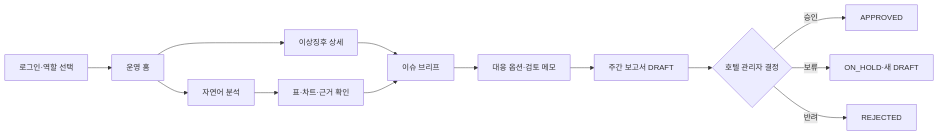
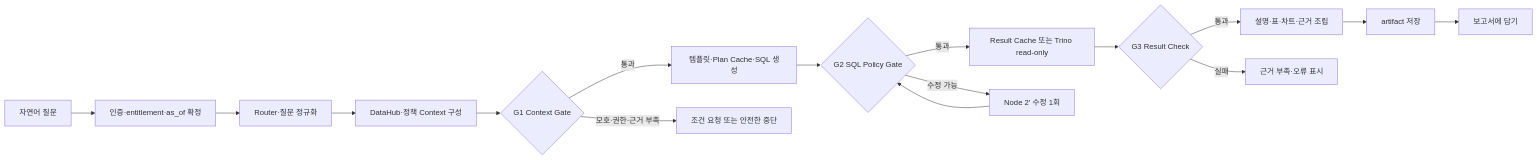
Before and after one commit to hijun318-eng/skn29_final_3team: the diagram in docs/markdown/05_화면설계서.md, drawn with Mermaid. The commit also changed other lines of this file and 6 other files, not shown here.

````diff
--- a/docs/markdown/05_화면설계서.md
+++ b/docs/markdown/05_화면설계서.md
@@ -159,15 +172,18 @@
 ```mermaid
 flowchart LR
-    L["로그인·역할 선택"] --> H["운영 홈"]
-    H --> A["자연어 분석"]
-    H --> I["이상징후 상세"]
-    A --> E["표·차트·근거 확인"]
-    I --> B["이슈 브리프"]
-    E --> B
-    B --> O["대응 옵션·검토 메모"]
-    O --> R["주간 보고서 DRAFT"]
-    R --> D{"호텔 관리자 결정"}
-    D -->|승인| AP["APPROVED"]
-    D -->|보류| OH["ON_HOLD·새 DRAFT"]
-    D -->|반려| RJ["REJECTED"]
+    Q["자연어 질문"] --> A["인증·entitlement·as_of 확정"]
+    A --> R["Router·질문 정규화"]
+    R --> C["DataHub·정책 Context 구성"]
+    C --> G1{"G1 Context Gate"}
+    G1 -->|통과| S["템플릿·Plan Cache·SQL 생성"]
+    G1 -->|모호·권한·근거 부족| ASK["조건 요청 또는 안전한 중단"]
+    S --> G2{"G2 SQL Policy Gate"}
+    G2 -->|통과| T["Result Cache 또는 Trino read-only"]
+    G2 -->|수정 가능| FIX["Node 2′ 수정 1회"]
+    FIX --> G2
+    T --> G3{"G3 Result Check"}
+    G3 -->|통과| E["설명·표·차트·근거 조립"]
+    G3 -->|실패| STOP["근거 부족·오류 표시"]
+    E --> AR["artifact 저장"]
+    AR --> RP["보고서에 담기"]
 ```
````
